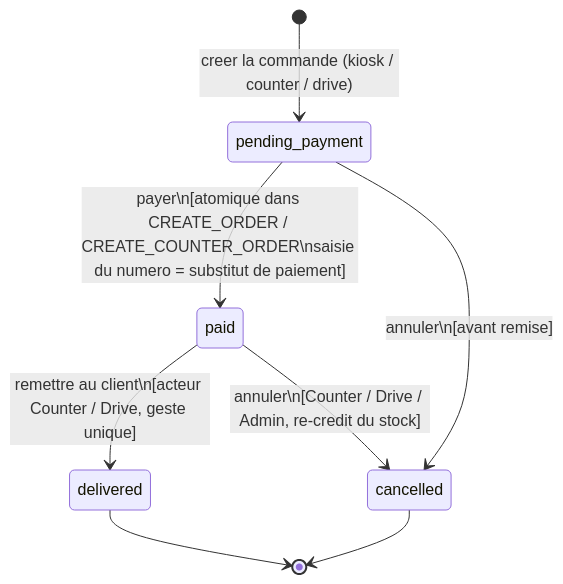
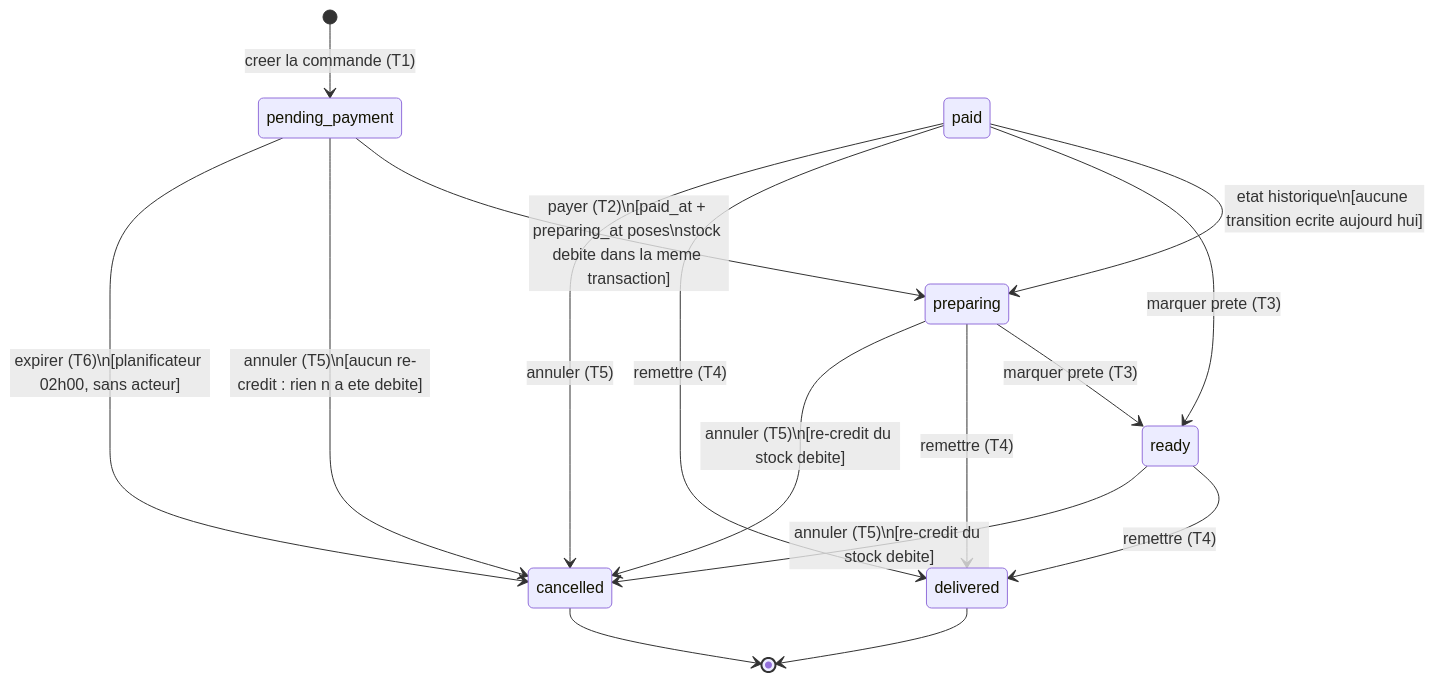
One commit to AcadeNice/wakdo_corentin changed the diagram in docs/uml/state-commande.md. Above: the diagram before and after it, drawn with Mermaid. The commit also changed other lines of this file and 17 other files, not shown here.

````diff
--- a/docs/uml/state-commande.md
+++ b/docs/uml/state-commande.md
@@ -70,13 +62,23 @@
 ```mermaid
 stateDiagram-v2
-    [*] --> pending_payment : creer la commande (kiosk / counter / drive)
+    [*] --> pending_payment : creer la commande (T1)
 
-    pending_payment --> paid : payer\n[atomique dans CREATE_ORDER / CREATE_COUNTER_ORDER\nsaisie du numero = substitut de paiement]
-    pending_payment --> cancelled : annuler\n[avant remise]
+    pending_payment --> preparing : payer (T2)\n[paid_at + preparing_at poses\nstock debite dans la meme transaction]
+    pending_payment --> cancelled : annuler (T5)\n[aucun re-credit : rien n a ete debite]
+    pending_payment --> cancelled : expirer (T6)\n[planificateur 02h00, sans acteur]
 
-    paid --> delivered : remettre au client\n[acteur Counter / Drive, geste unique]
-    paid --> cancelled : annuler\n[Counter / Drive / Admin, re-credit du stock]
+    paid --> preparing : etat historique\n[aucune transition ecrite aujourd hui]
+    paid --> ready : marquer prete (T3)
+    paid --> delivered : remettre (T4)
+    paid --> cancelled : annuler (T5)
+
+    preparing --> ready : marquer prete (T3)
+    preparing --> delivered : remettre (T4)
+    preparing --> cancelled : annuler (T5)\n[re-credit du stock debite]
+
+    ready --> delivered : remettre (T4)
+    ready --> cancelled : annuler (T5)\n[re-credit du stock debite]
 
     delivered --> [*]
     cancelled --> [*]
 ```
````
